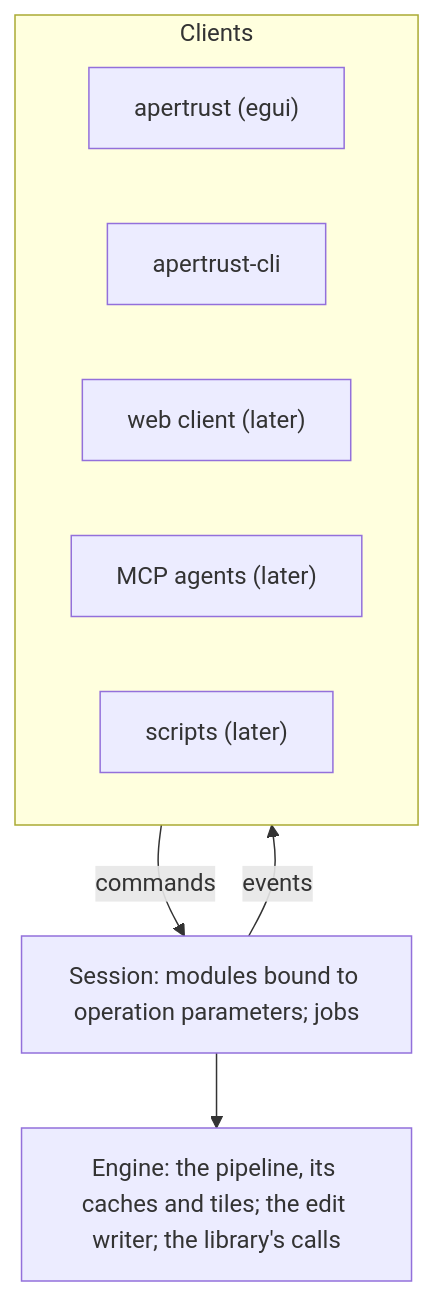
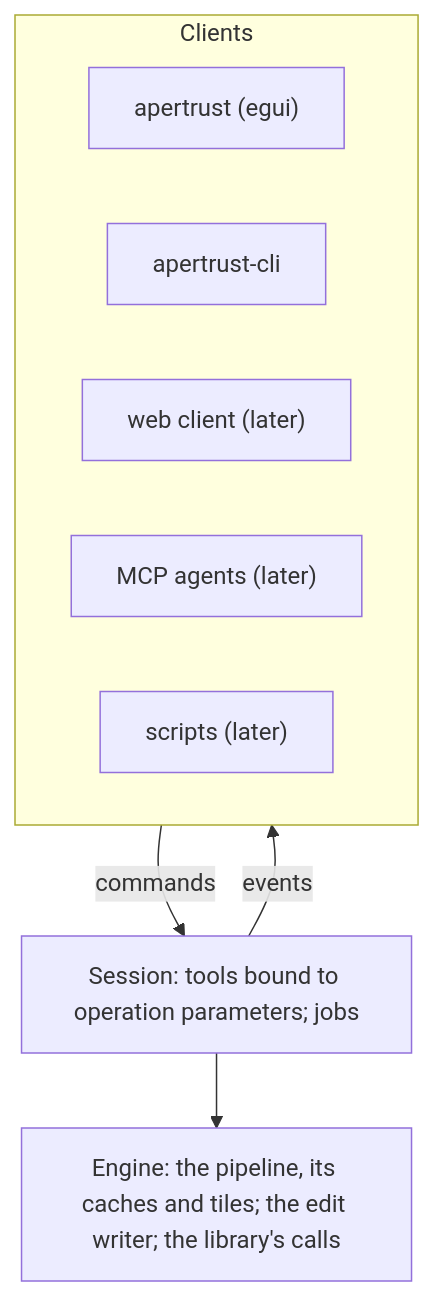
Before and after one commit to apertrust/apertrust: the diagram in docs/session-protocol.md, drawn with Mermaid. The commit also changed other lines of this file and 177 other files, not shown here.

````diff
--- a/docs/session-protocol.md
+++ b/docs/session-protocol.md
@@ -13,13 +13,13 @@
 ```mermaid
 flowchart TB
     subgraph clients["Clients"]
         app["apertrust (egui)"]
         cli["apertrust-cli"]
         web["web client (later)"]
         mcp["MCP agents (later)"]
         scripts["scripts (later)"]
     end
     clients -- "commands" --> session
     session -- "events" --> clients
-    session["Session: modules bound to operation parameters; jobs"] --> engine["Engine: the pipeline, its caches and tiles; the edit writer; the library's calls"]
+    session["Session: tools bound to operation parameters; jobs"] --> engine["Engine: the pipeline, its caches and tiles; the edit writer; the library's calls"]
 ```
````
